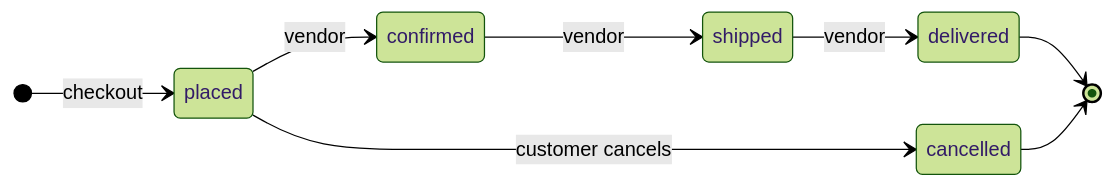
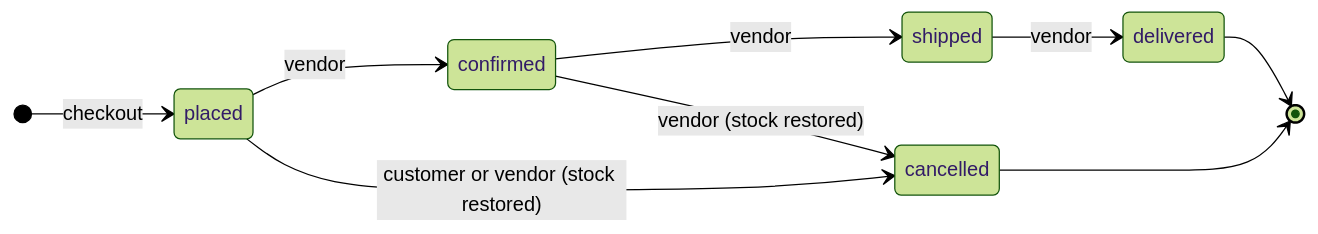
Before and after one commit to SuprabhSharma/Tavilo-eCommerce: the fourth of 6 diagrams in README.md, drawn with Mermaid (forest theme). The commit also changed other lines of this file, not shown here.

````diff
--- a/README.md
+++ b/README.md
@@ -206,11 +223,12 @@
 ```mermaid
 stateDiagram-v2
     direction LR
     [*] --> placed: checkout
     placed --> confirmed: vendor
     confirmed --> shipped: vendor
     shipped --> delivered: vendor
-    placed --> cancelled: customer cancels
+    placed --> cancelled: customer or vendor (stock restored)
+    confirmed --> cancelled: vendor (stock restored)
     delivered --> [*]
     cancelled --> [*]
 ```
````
